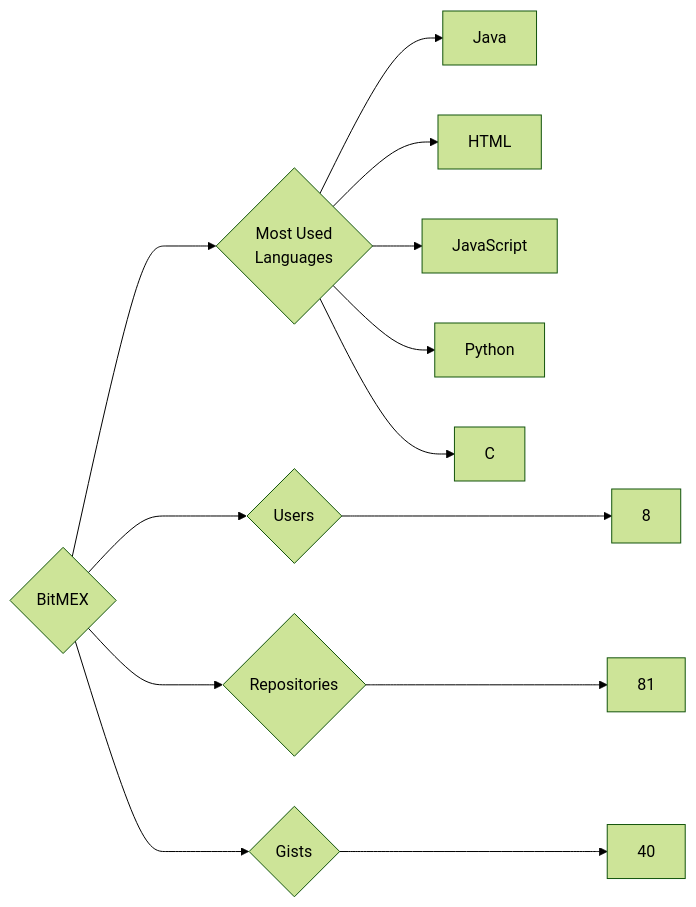
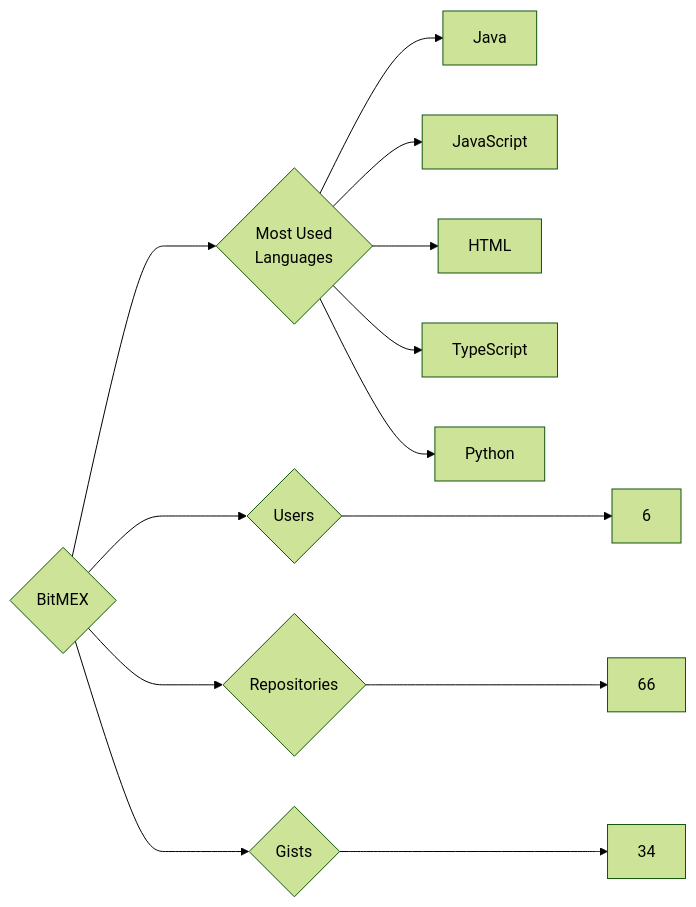
One commit to trickest/insiders changed the diagram in targets/BitMEX/README.md. Above: the diagram before and after it, drawn with Mermaid (forest theme). The commit also changed 1023 other files, not shown here.

````diff
--- a/targets/BitMEX/README.md
+++ b/targets/BitMEX/README.md
@@ -3,13 +3,13 @@
 ```mermaid
 graph LR
 COMPANY_NAME{BitMEX}
-COMPANY_NAME ---> U{Users} ---> UN[8]
-COMPANY_NAME ---> R{Repositories} ---> RN[81]
-COMPANY_NAME ---> G{Gists} ---> GN[40]
+COMPANY_NAME ---> U{Users} ---> UN[6]
+COMPANY_NAME ---> R{Repositories} ---> RN[66]
+COMPANY_NAME ---> G{Gists} ---> GN[34]
 COMPANY_NAME ---> ML{Most Used<br>Languages}
 ML --> Java[Java]
+ML --> JavaScript[JavaScript]
 ML --> HTML[HTML]
-ML --> JavaScript[JavaScript]
+ML --> TypeScript[TypeScript]
 ML --> Python[Python]
-ML --> C[C]
 ```
````
